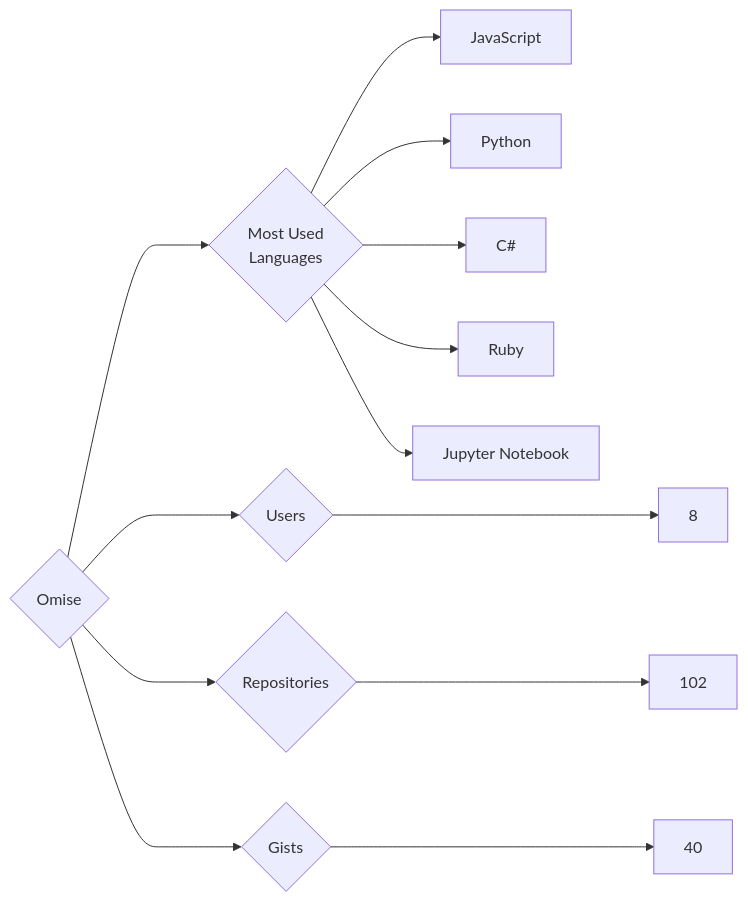
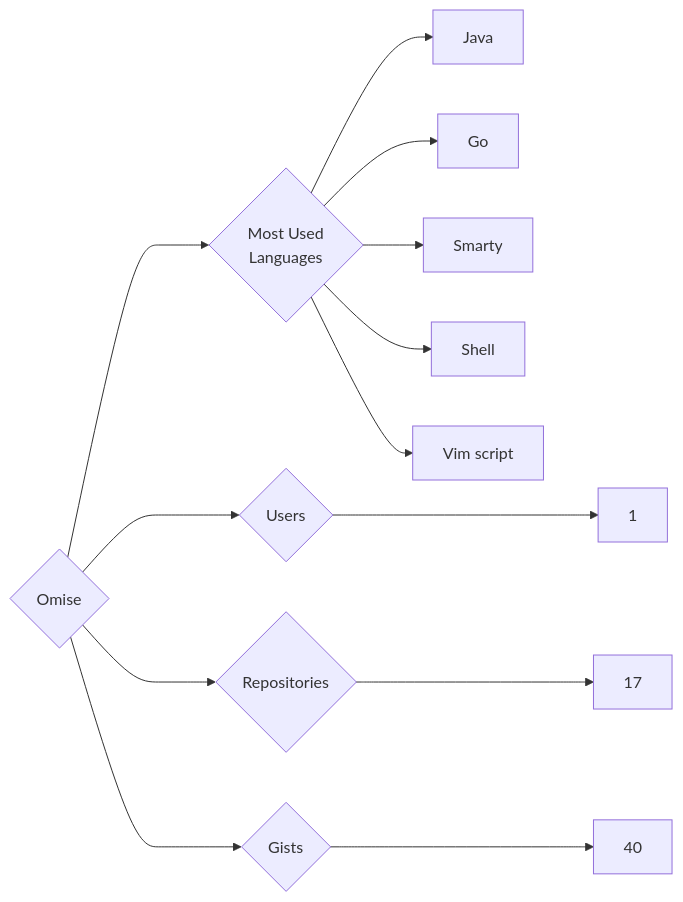
The diagram in targets/Omise/README.md (trickest/insiders), drawn with Mermaid before and after one commit. The commit also changed 955 other files, not shown here.

````diff
--- a/targets/Omise/README.md
+++ b/targets/Omise/README.md
@@ -3,13 +3,13 @@
 ```mermaid
 graph LR
 COMPANY_NAME{Omise}
-COMPANY_NAME ---> U{Users} ---> UN[8]
-COMPANY_NAME ---> R{Repositories} ---> RN[102]
+COMPANY_NAME ---> U{Users} ---> UN[1]
+COMPANY_NAME ---> R{Repositories} ---> RN[17]
 COMPANY_NAME ---> G{Gists} ---> GN[40]
 COMPANY_NAME ---> ML{Most Used<br>Languages}
-ML --> JavaScript[JavaScript]
-ML --> Python[Python]
-ML --> C#[C#]
-ML --> Ruby[Ruby]
-ML --> Jupyter_Notebook[Jupyter Notebook]
+ML --> Java[Java]
+ML --> Go[Go]
+ML --> Smarty[Smarty]
+ML --> Shell[Shell]
+ML --> Vim_script[Vim script]
 ```
````
